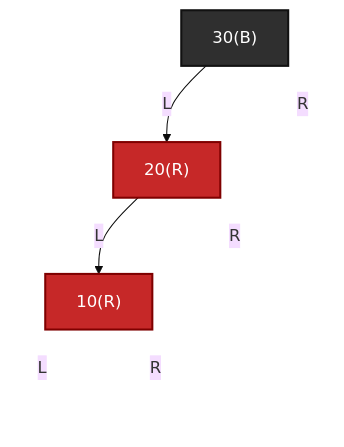
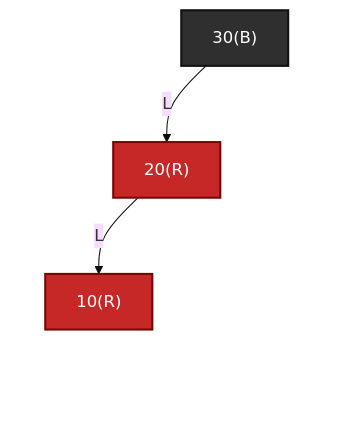
Before and after one commit to FormingSystem/linux_note: the sixth of 24 diagrams in knowledge/linux/data_structures/红黑树_rb-tree/P35_红黑插入与红红冲突上推.md, drawn with Mermaid (base theme). The commit also changed other lines of this file and 5 other files, not shown here.

````diff
--- a/knowledge/linux/data_structures/红黑树_rb-tree/P35_红黑插入与红红冲突上推.md
+++ b/knowledge/linux/data_structures/红黑树_rb-tree/P35_红黑插入与红红冲突上推.md
@@ -337,32 +337,32 @@
 ```mermaid
 graph TD
 	rb_g_temp["30(B)"]
 	rb_p_temp["20(R)"]
 	rb_g_right_nil_temp[" "]
 	rb_x_temp["10(R)"]
 	rb_p_right_nil_temp[" "]
 	rb_x_left_nil_temp[" "]
 	rb_x_right_nil_temp[" "]
 
 	rb_g_temp -->|"L"| rb_p_temp
-	rb_g_temp -->|"R"| rb_g_right_nil_temp
+	rb_g_temp --> rb_g_right_nil_temp
 
 	rb_p_temp -->|"L"| rb_x_temp
-	rb_p_temp -->|"R"| rb_p_right_nil_temp
+	rb_p_temp --> rb_p_right_nil_temp
 
-	rb_x_temp -->|"L"| rb_x_left_nil_temp
-	rb_x_temp -->|"R"| rb_x_right_nil_temp
+	rb_x_temp --> rb_x_left_nil_temp
+	rb_x_temp --> rb_x_right_nil_temp
 
 	classDef rb_black fill:#2f2f2f,stroke:#111,color:#fff,stroke-width:2px;
 	classDef rb_red fill:#c62828,stroke:#7f0000,color:#fff,stroke-width:2px;
 	classDef rb_nil fill:transparent,stroke:transparent,color:transparent;
 
 	class rb_g_temp rb_black;
 	class rb_p_temp,rb_x_temp rb_red;
 	class rb_g_right_nil_temp,rb_p_right_nil_temp,rb_x_left_nil_temp,rb_x_right_nil_temp rb_nil;
 
 	linkStyle 1 stroke:transparent;
 	linkStyle 3 stroke:transparent;
 	linkStyle 4 stroke:transparent;
 	linkStyle 5 stroke:transparent;
 ```
````
